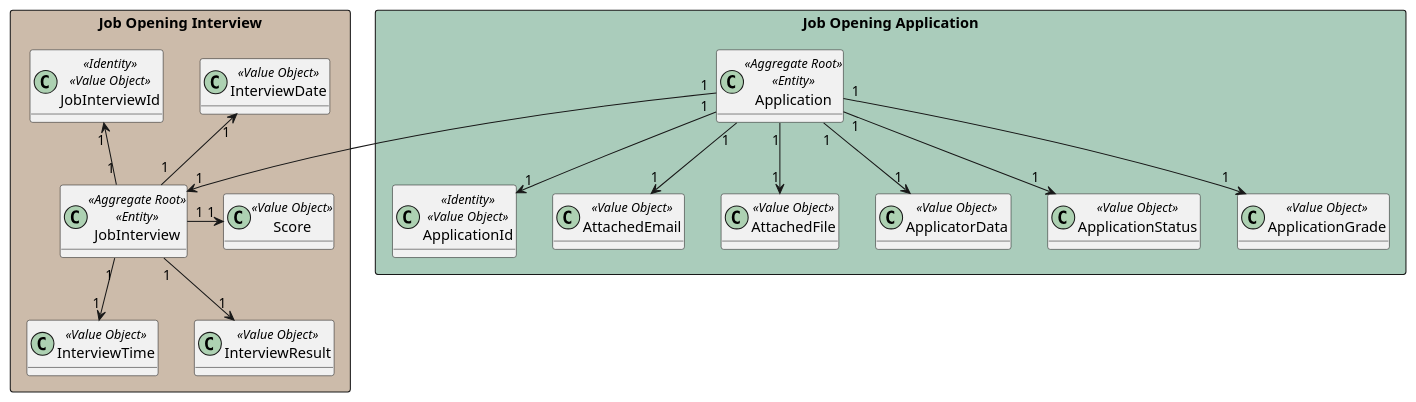
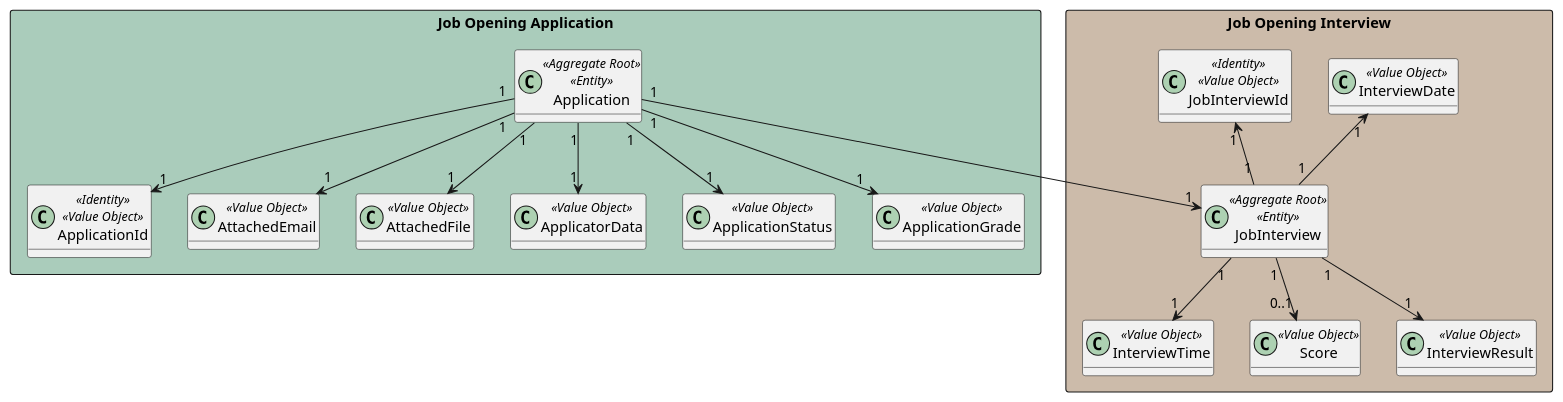
Before and after one commit to marcoferreira37/Lapr4: the diagram in docs/sprintC/1014/puml/1014-domain-model.puml, drawn with PlantUML. The commit also changed 1 other file, not shown here.

```diff
--- a/docs/sprintC/1014/puml/1014-domain-model.puml
+++ b/docs/sprintC/1014/puml/1014-domain-model.puml
@@ -1,54 +1,54 @@
 @startuml
 'https://plantuml.com/class-diagram
 
 hide methods
 
 
 rectangle "Job Opening Application" #aaccbb {
     class Application<<Aggregate Root>><<Entity>>{}
     class ApplicationId<<Identity>><<Value Object>>{}
     class AttachedEmail<<Value Object>>{}
     class AttachedFile<<Value Object>>{}
     class ApplicatorData<<Value Object>>{}
     class ApplicationStatus<<Value Object>>{}
     class ApplicationGrade<<Value Object>>{}
 }
 
 
 
 
 
 
 
   rectangle "Job Opening Interview" #ccbbaa {
       class JobInterview <<Aggregate Root>><<Entity>>{}
       class JobInterviewId<<Identity>><<Value Object>>{}
       class InterviewDate<<Value Object>>{}
       class InterviewTime<<Value Object>>{}
       class Score<<Value Object>>{}
       class InterviewResult<<Value Object>>{}
   }
 
 
 
 
 
 
 
 
 Application "1" --> "1" ApplicationId
 Application "1" --> "1" AttachedEmail
 Application "1" --> "1" AttachedFile
 Application "1" --> "1" ApplicatorData
 Application "1" --> "1" ApplicationStatus
 Application "1" --> "1" ApplicationGrade
 
 JobInterview "1" -up-> "1" JobInterviewId
 JobInterview "1" -up-> "1" InterviewDate
 JobInterview "1" --> "1" InterviewTime
-JobInterview "1" -> "1" Score
+JobInterview "1" --> "0..1" Score
 JobInterview "1" --> "1" InterviewResult
 
 Application "1" --> "1" JobInterview
 
 @enduml
```
